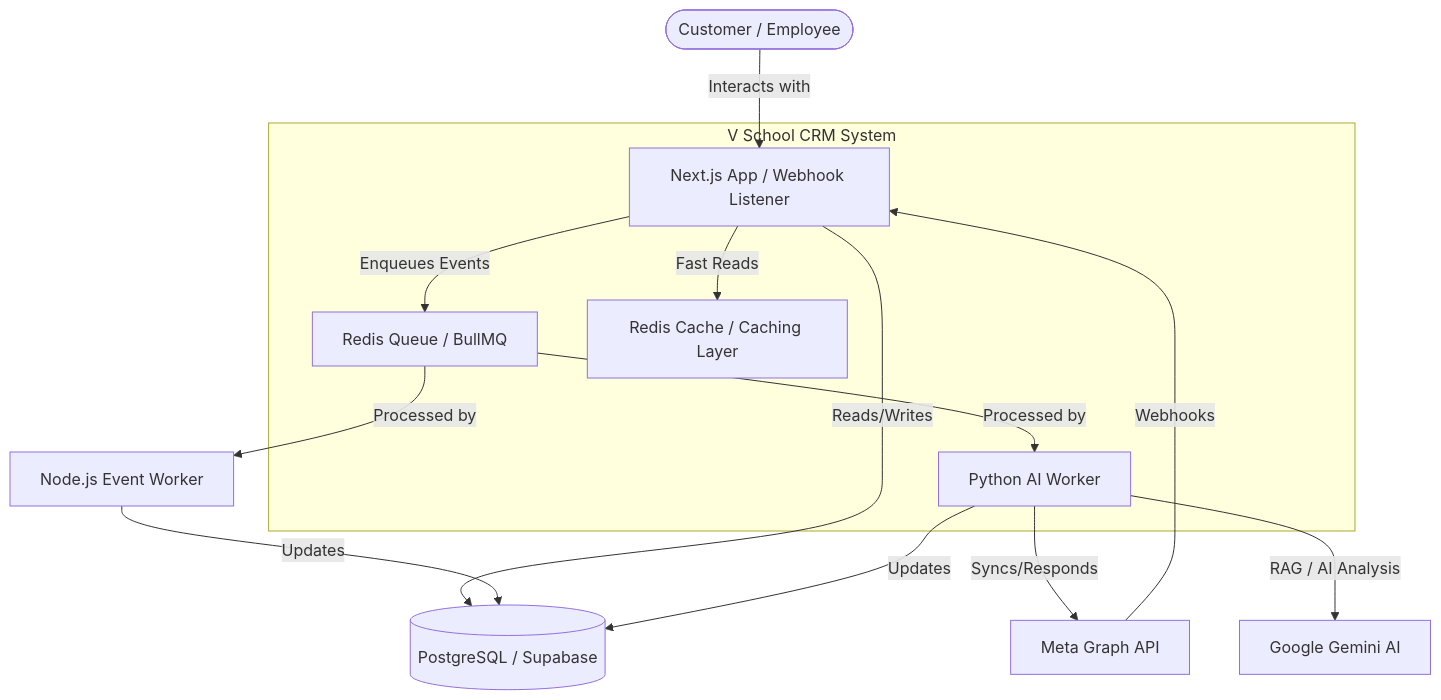
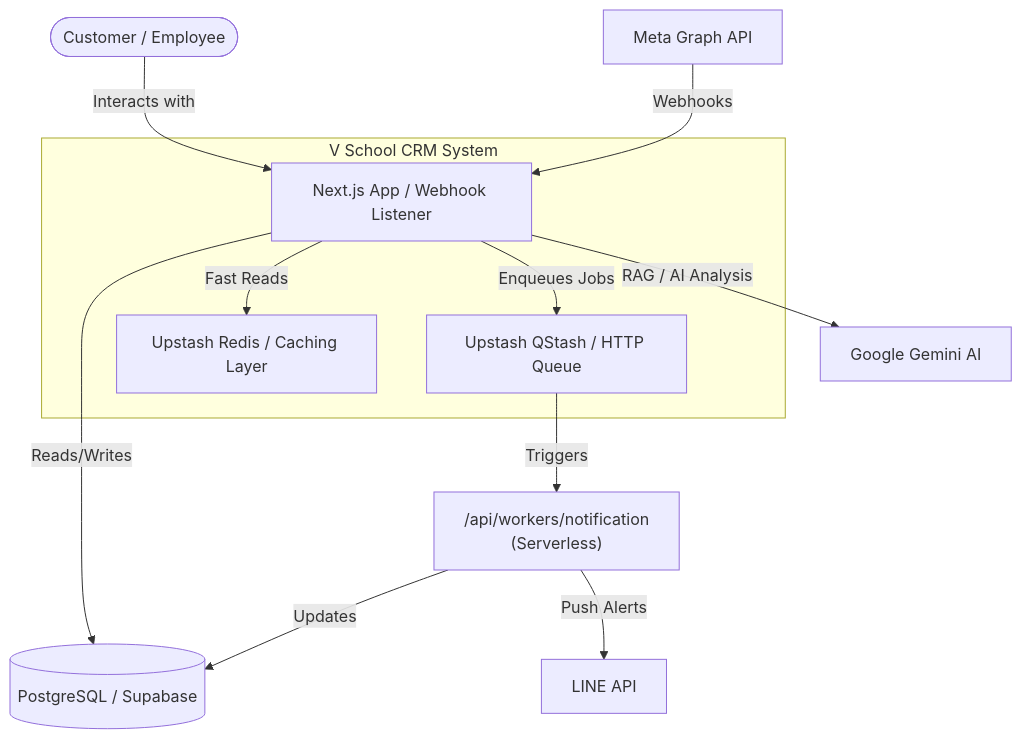
The second of 6 diagrams in docs/architecture/arc42-main.md (Freshair129/crmapp), drawn with Mermaid before and after one commit. The commit also changed other lines of this file and 13 other files, not shown here.

````diff
--- a/docs/architecture/arc42-main.md
+++ b/docs/architecture/arc42-main.md
@@ -80,29 +80,26 @@
 ```mermaid
 graph TD
     User([Customer / Employee])
     
     subgraph V_School_CRM_System [V School CRM System]
         Web_App[Next.js App / Webhook Listener]
-        Python_Worker[Python AI Worker]
-        Redis_Queue[Redis Queue / BullMQ]
-        Redis_Cache[Redis Cache / Caching Layer]
+        QStash_Queue[Upstash QStash / HTTP Queue]
+        Upstash_Redis[Upstash Redis / Caching Layer]
     end
 
     Supabase[(PostgreSQL / Supabase)]
     Meta[Meta Graph API]
     Gemini[Google Gemini AI]
 
     User -->|Interacts with| Web_App
     Web_App -->|Reads/Writes| Supabase
-    Web_App -->|Fast Reads| Redis_Cache
-    Web_App -->|Enqueues Events| Redis_Queue
+    Web_App -->|Fast Reads| Upstash_Redis
+    Web_App -->|Enqueues Jobs| QStash_Queue
     Meta -->|Webhooks| Web_App
     
-    Redis_Queue -->|Processed by| Python_Worker
-    Redis_Queue -->|Processed by| Node_Worker[Node.js Event Worker]
+    QStash_Queue -->|Triggers| Worker_Endpoint["/api/workers/notification\n(Serverless)"]
     
-    Node_Worker -->|Updates| Supabase
-    Python_Worker -->|Syncs/Responds| Meta
-    Python_Worker -->|RAG / AI Analysis| Gemini
-    Python_Worker -->|Updates| Supabase
+    Worker_Endpoint -->|Updates| Supabase
+    Worker_Endpoint -->|Push Alerts| LINE[LINE API]
+    Web_App -->|RAG / AI Analysis| Gemini
 ```
````
